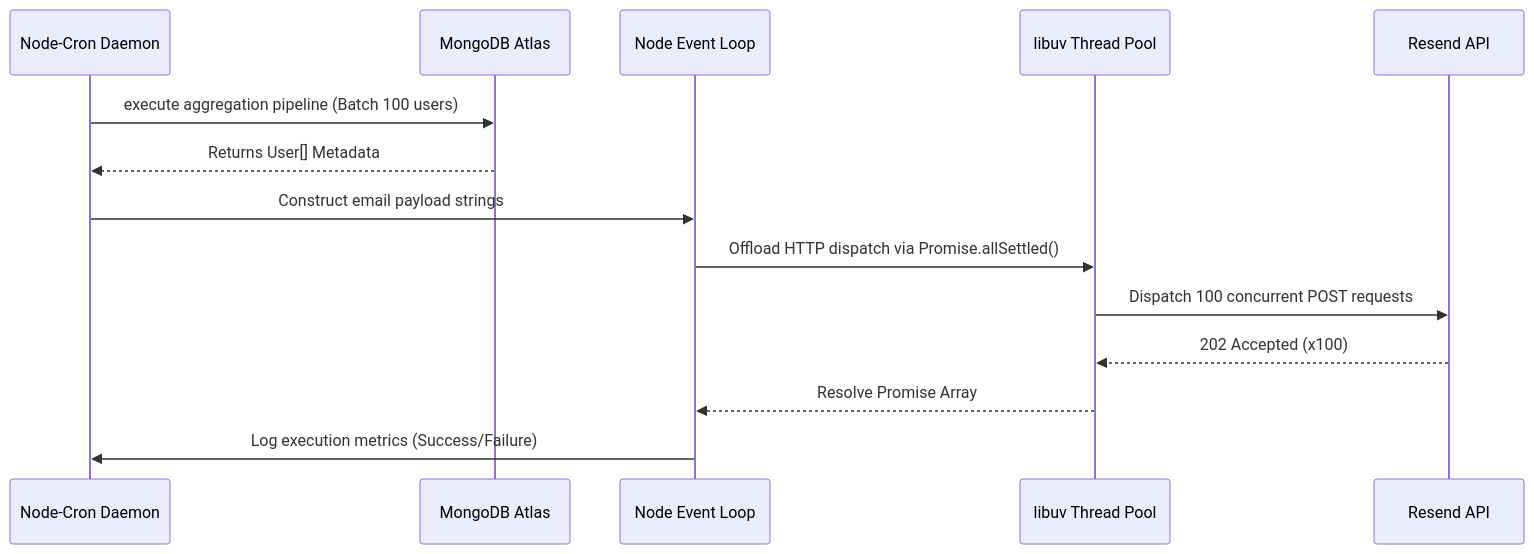
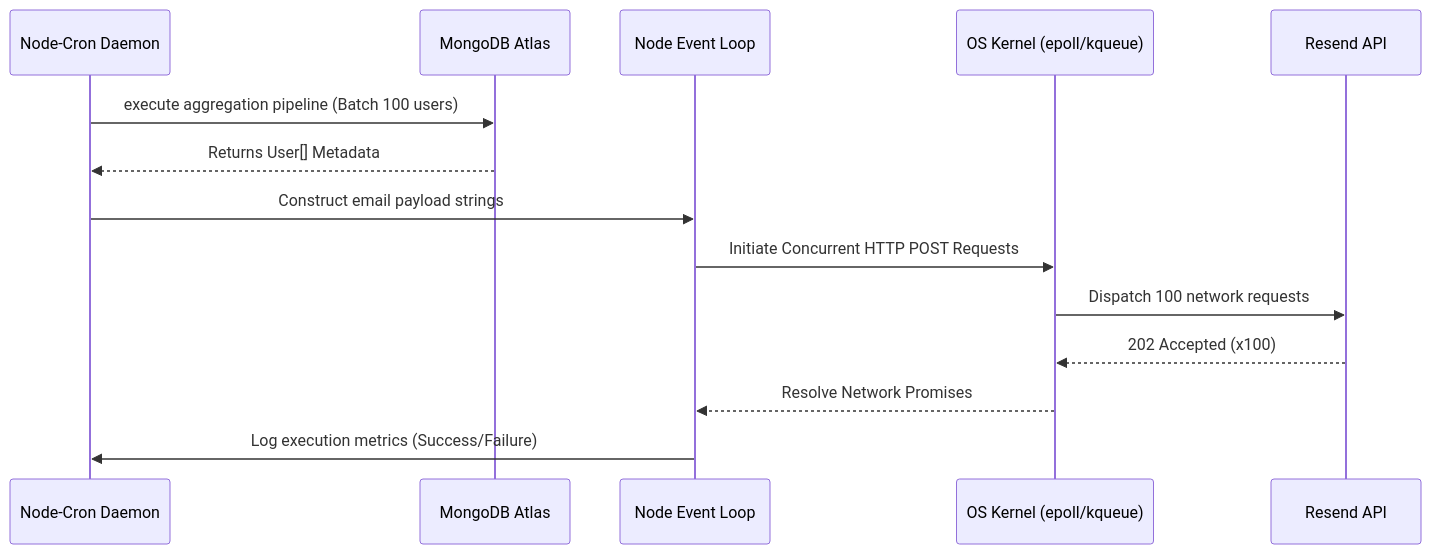
The fourth of 6 diagrams in README.md (sandeep-kumar-270904/my-personal-tracking-system-), drawn with Mermaid before and after one commit. The commit also changed other lines of this file, not shown here.

Commit message:
docs: correct technical inaccuracies regarding Node.js event loop, Promise handling, and MongoDB schemas

````diff
--- a/README.md
+++ b/README.md
@@ -242,17 +241,17 @@
 ```mermaid
 sequenceDiagram
     participant Cron as Node-Cron Daemon
     participant DB as MongoDB Atlas
     participant V8 as Node Event Loop
-    participant Thread as libuv Thread Pool
+    participant OS as OS Kernel (epoll/kqueue)
     participant SMTP as Resend API
     
     Cron->>DB: execute aggregation pipeline (Batch 100 users)
     DB-->>Cron: Returns User[] Metadata
     Cron->>V8: Construct email payload strings
-    V8->>Thread: Offload HTTP dispatch via Promise.allSettled()
-    Thread->>SMTP: Dispatch 100 concurrent POST requests
-    SMTP-->>Thread: 202 Accepted (x100)
-    Thread-->>V8: Resolve Promise Array
+    V8->>OS: Initiate Concurrent HTTP POST Requests
+    OS->>SMTP: Dispatch 100 network requests
+    SMTP-->>OS: 202 Accepted (x100)
+    OS-->>V8: Resolve Network Promises
     V8->>Cron: Log execution metrics (Success/Failure)
 ```
````
